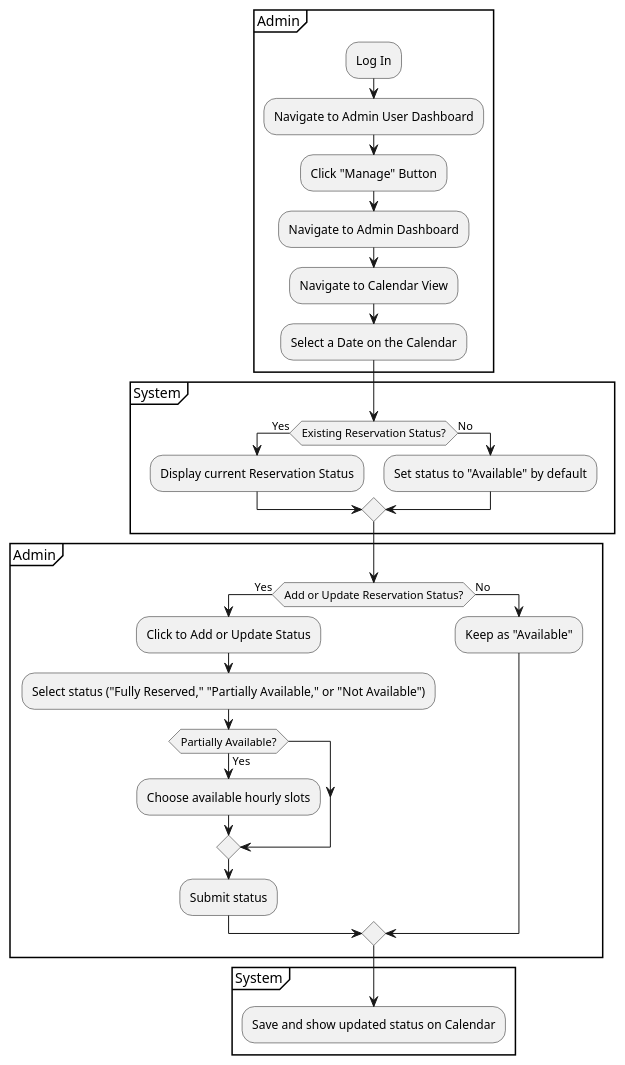
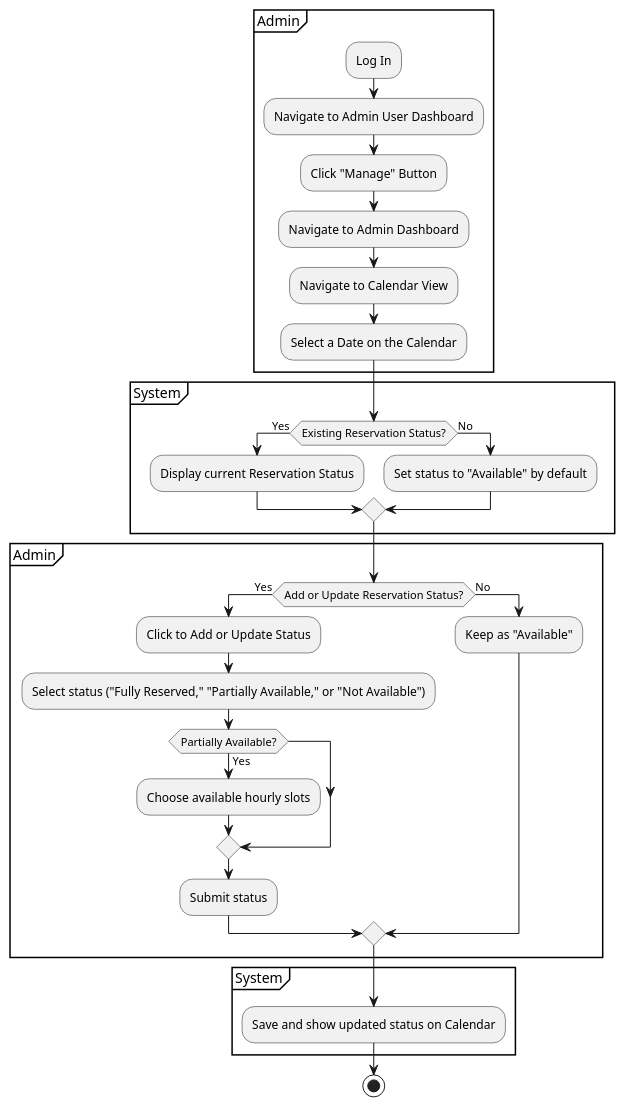
One commit to tracet2t/Venue-Reservation changed the diagram in docs/uml/activity/admin-activity/calender.wsd. Above: the diagram before and after it, drawn with PlantUML. The commit also changed 1 other file, not shown here.

Commit message:
86b2j5p7n-plantuml:updated calender activity diagrma

```diff
--- a/docs/uml/activity/admin-activity/calender.wsd
+++ b/docs/uml/activity/admin-activity/calender.wsd
@@ -1,38 +1,38 @@
 @startuml
 partition Admin {
   :Log In;
   :Navigate to Admin User Dashboard;
   :Click "Manage" Button;
   :Navigate to Admin Dashboard;
   :Navigate to Calendar View;
   :Select a Date on the Calendar;
 }
 
 partition  System {
   if (Existing Reservation Status?) then (Yes)
     :Display current Reservation Status;
   else (No)
     :Set status to "Available" by default;
   endif
 }
 
 partition  Admin {
   if (Add or Update Reservation Status?) then (Yes)
     :Click to Add or Update Status;
     :Select status ("Fully Reserved," "Partially Available," or "Not Available");
 
     if (Partially Available?) then (Yes)
       :Choose available hourly slots;
     endif
     
     :Submit status;
   else (No)
     :Keep as "Available";
   endif
 }
 
 partition  System {
   :Save and show updated status on Calendar;
 }
-
+stop
 @enduml
```
